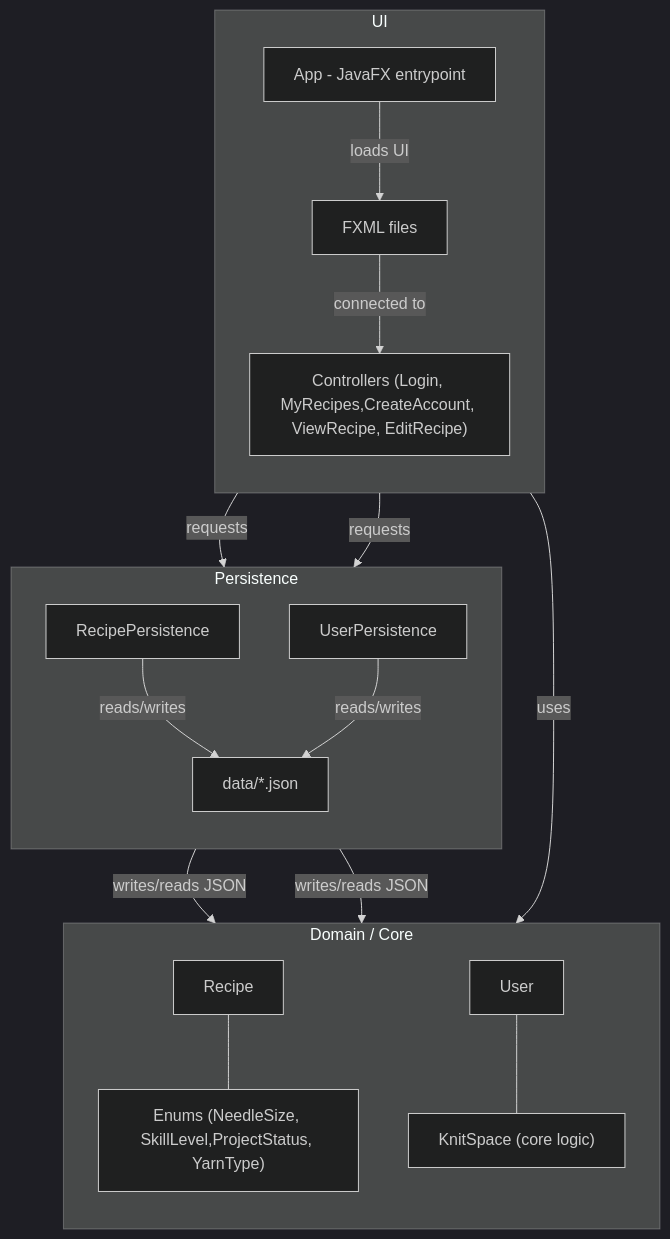
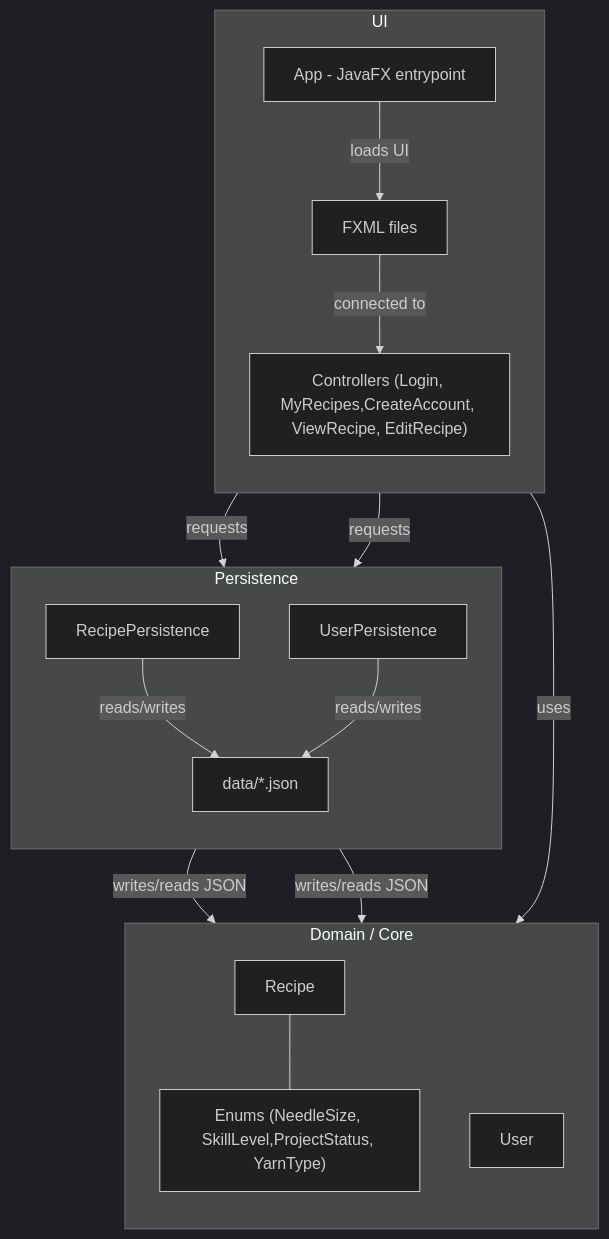
One commit to marieholen/Informatikk-prosjektarbeid-1 changed the diagram in docs/release2/architecture.mmd. Above: the diagram before and after it, drawn with Mermaid (dark theme).

Commit message:
docs: :bug: Removed KnitSpace node and connection from architecture diagram
Removed KnitSpace node (KnitSpace (core logic)) from the architecture diagram, and the User --- KnitSpace connection.

closes #85

```diff
--- a/docs/release2/architecture.mmd
+++ b/docs/release2/architecture.mmd
@@ -1,35 +1,34 @@
 flowchart TB
 
   subgraph UI ["UI"]
     direction TB
     App["App - JavaFX entrypoint"]
     FXML["FXML files"]
     Controllers["Controllers (Login, MyRecipes,CreateAccount, ViewRecipe, EditRecipe)"]
     App -->|loads UI| FXML
     FXML -->|connected to| Controllers
   end
 
   subgraph Domain ["Domain / Core"]
     direction TB
     Recipe["Recipe"]
     User["User"]
-    KnitSpace["KnitSpace (core logic)"]
     Enums["Enums (NeedleSize, SkillLevel,ProjectStatus, YarnType)"]
     Recipe --- Enums
-    User --- KnitSpace
+
   end
 
   subgraph Persistency ["Persistence"]
     direction TB
     RecipePers["RecipePersistence"]
     UserPers["UserPersistence"]
     DataFiles["data/*.json"]
     RecipePers -->|reads/writes| DataFiles
     UserPers -->|reads/writes| DataFiles
   end
 
   Controllers -->|uses| Recipe
   Controllers -->|requests| RecipePers
   Controllers -->|requests| UserPers
   RecipePers -->|writes/reads JSON| Recipe
   UserPers -->|writes/reads JSON| User
```
